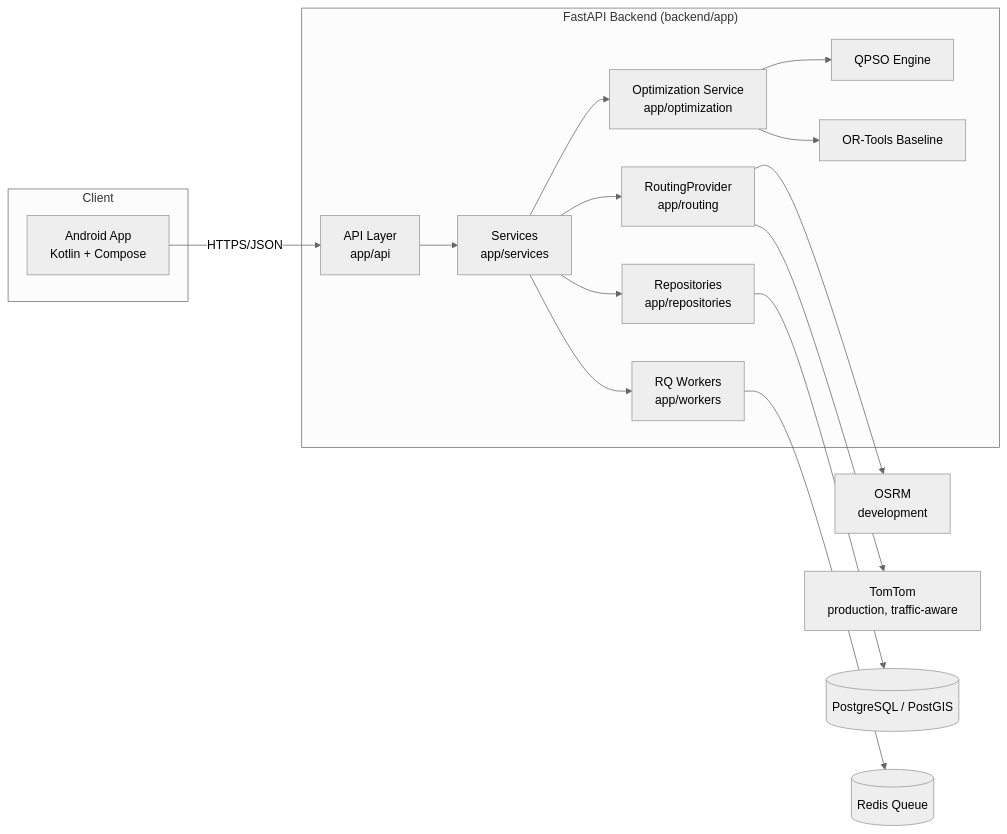
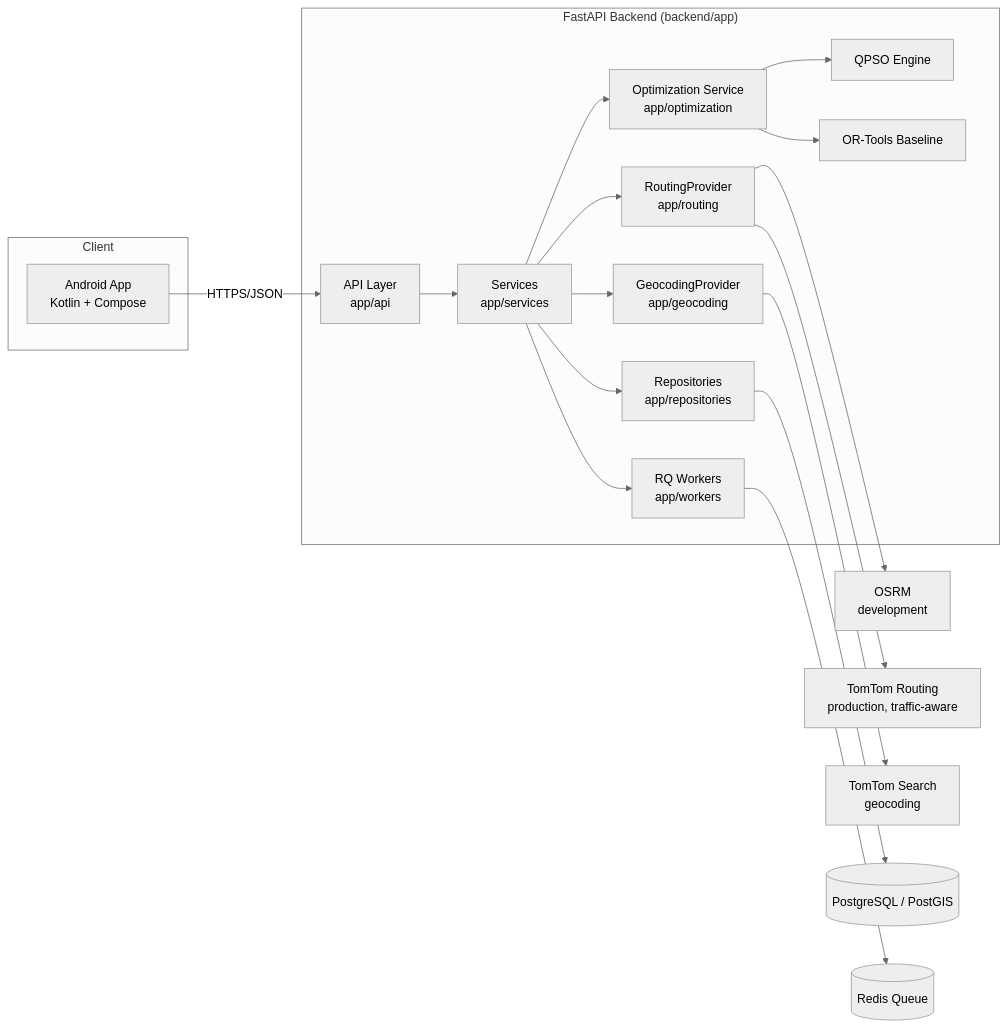
The diagram in docs/architecture.md (Nithi-tech/QTrace), drawn with Mermaid (neutral theme) before and after one commit. The commit also changed other lines of this file and 92 other files, not shown here.

````diff
--- a/docs/architecture.md
+++ b/docs/architecture.md
@@ -5,23 +5,25 @@
 ```mermaid
 flowchart LR
     subgraph Client
         AND[Android App<br/>Kotlin + Compose]
     end
 
     AND -- HTTPS/JSON --> API
 
     subgraph Backend["FastAPI Backend (backend/app)"]
         API[API Layer<br/>app/api] --> SVC[Services<br/>app/services]
         SVC --> ROUTING[RoutingProvider<br/>app/routing]
+        SVC --> GEO[GeocodingProvider<br/>app/geocoding]
         SVC --> OPT[Optimization Service<br/>app/optimization]
         SVC --> REPO[Repositories<br/>app/repositories]
         OPT --> QPSO[QPSO Engine]
         OPT --> ORTOOLS[OR-Tools Baseline]
         SVC --> WORKERS[RQ Workers<br/>app/workers]
     end
 
     ROUTING --> OSRM[OSRM<br/>development]
-    ROUTING --> TOMTOM[TomTom<br/>production, traffic-aware]
+    ROUTING --> TOMTOM_ROUTE[TomTom Routing<br/>production, traffic-aware]
+    GEO --> TOMTOM_SEARCH[TomTom Search<br/>geocoding]
     REPO --> DB[(PostgreSQL / PostGIS)]
     WORKERS --> REDIS[(Redis Queue)]
 ```
````
